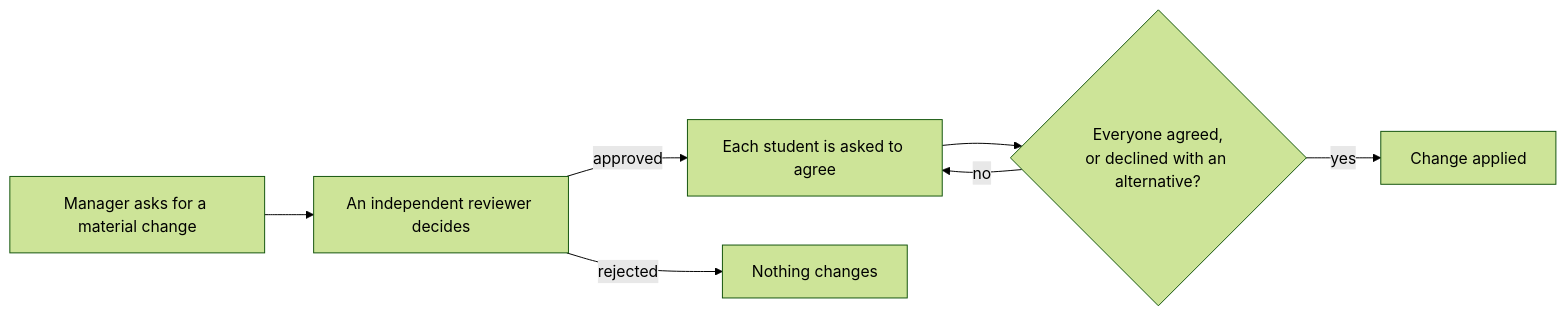
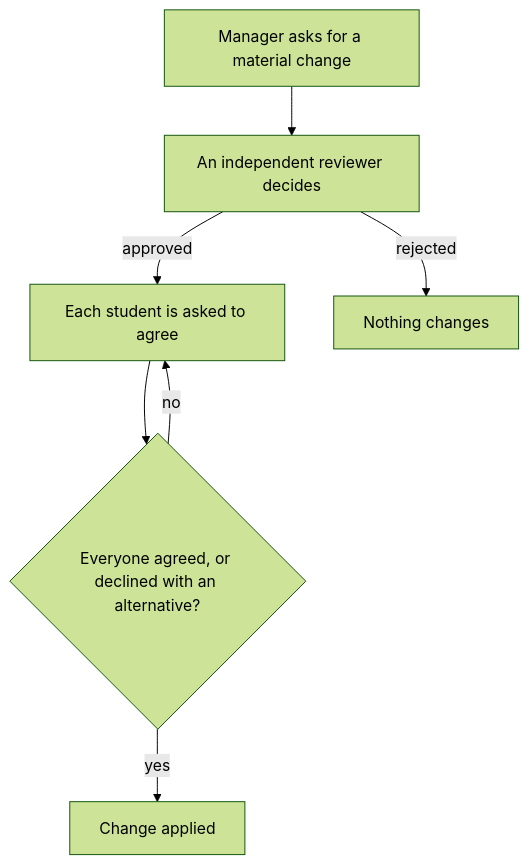
One commit to misterpk-18/nipunalms changed the sixth of 17 diagrams in docs/PRODUCT_GUIDE.md. Above: the diagram before and after it, drawn with Mermaid (forest theme). The commit also changed other lines of this file, not shown here.

Commit message:
Product guide: simpler Mermaid syntax, taller layouts, assignment and test charts split

````diff
--- a/docs/PRODUCT_GUIDE.md
+++ b/docs/PRODUCT_GUIDE.md
@@ -138,9 +139,9 @@
 ```mermaid
-flowchart LR
+flowchart TD
     M1["Manager asks for a material change"] --> M2["An independent reviewer decides"]
     M2 -->|"approved"| M3["Each student is asked to agree"]
-    M3 --> M4{"Everyone agreed,<br/>or declined with an alternative?"}
+    M3 --> M4{"Everyone agreed, or declined with an alternative?"}
     M4 -->|"yes"| M5["Change applied"]
     M4 -->|"no"| M3
     M2 -->|"rejected"| M6["Nothing changes"]
 ```
````
